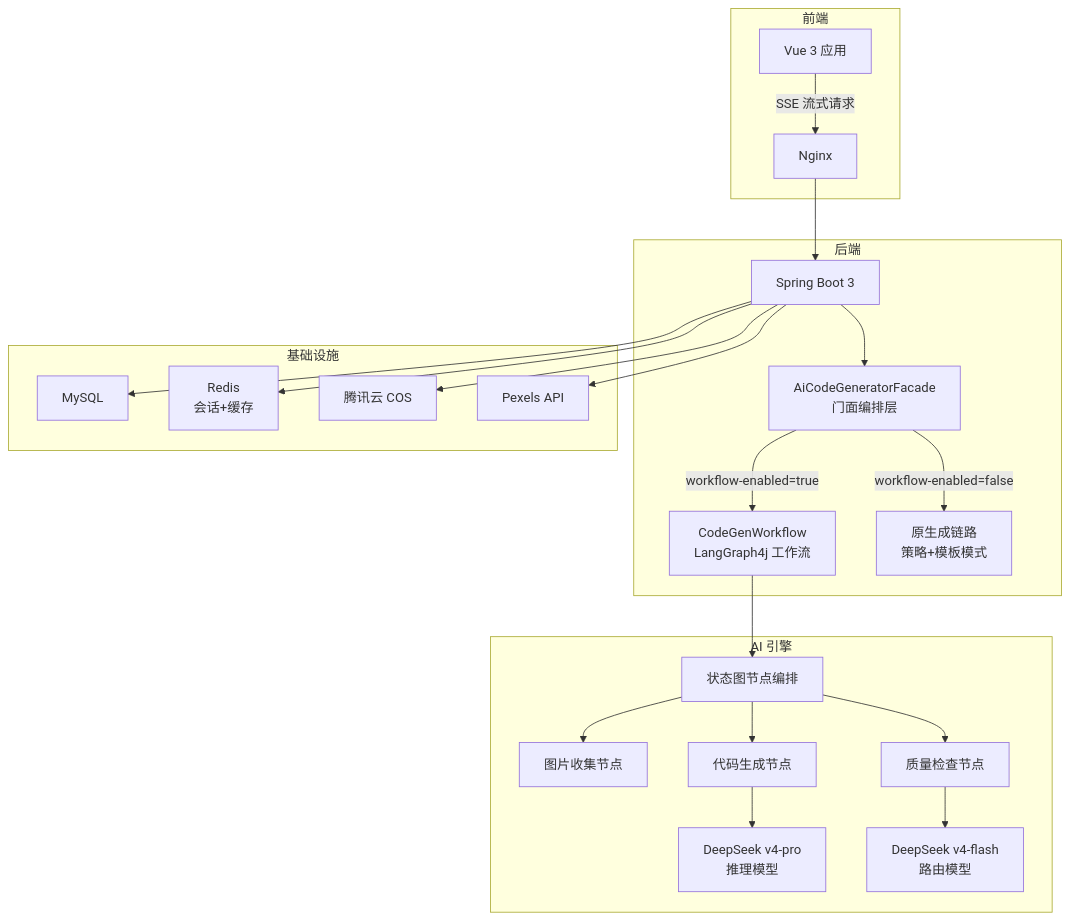
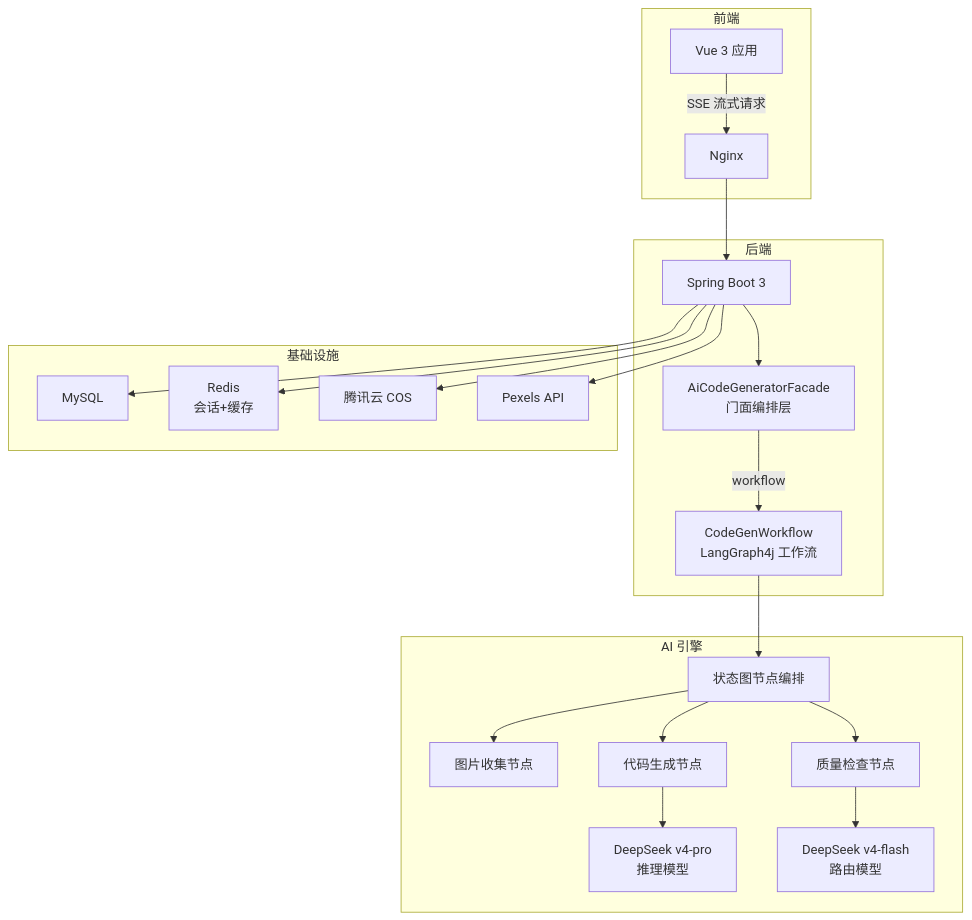
One commit to EthanYuan06/ey-ai-code-mother changed the first of 2 diagrams in README.md. Above: the diagram before and after it, drawn with Mermaid. The commit also changed other lines of this file and 2 other files, not shown here.

````diff
--- a/README.md
+++ b/README.md
@@ -49,29 +60,29 @@
 ```mermaid
 graph TB
     subgraph 前端
         A[Vue 3 应用] -->|SSE 流式请求| B[Nginx]
     end
 
     subgraph 后端
         B --> C[Spring Boot 3]
         C --> D[AiCodeGeneratorFacade<br/>门面编排层]
-        D -->|workflow-enabled=true| E[CodeGenWorkflow<br/>LangGraph4j 工作流]
-        D -->|workflow-enabled=false| F[原生成链路<br/>策略+模板模式]
+        D -->|workflow| E[CodeGenWorkflow<br/>LangGraph4j 工作流]
+   
     end
 
     subgraph AI 引擎
         E --> G[状态图节点编排]
         G --> H[图片收集节点]
         G --> I[代码生成节点]
         G --> J[质量检查节点]
         I --> K[DeepSeek v4-pro<br/>推理模型]
         J --> L[DeepSeek v4-flash<br/>路由模型]
     end
 
     subgraph 基础设施
         C --> M[MySQL]
         C --> N[Redis<br/>会话+缓存]
         C --> O[腾讯云 COS]
         C --> P[Pexels API]
     end
 ```
````
